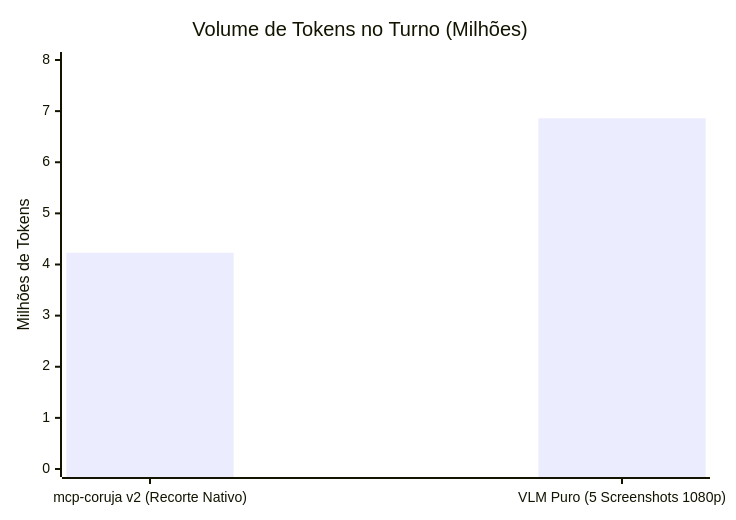
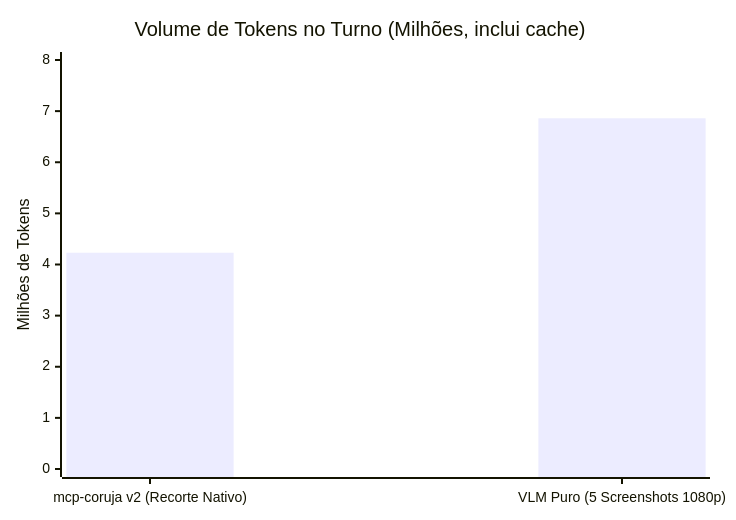
One commit to LucasEBRTIA/mcp-coruja changed the sixth of 6 diagrams in BENCHMARK.md. Above: the diagram before and after it, drawn with Mermaid. The commit also changed other lines of this file, not shown here.

First line of the commit message:
Ajusta o BENCHMARK para a v2: comparacoes antigas, rotulo de cache e atribuicao de custo

````diff
--- a/BENCHMARK.md
+++ b/BENCHMARK.md
@@ -191,7 +192,7 @@
 ```mermaid
 xychart-beta
-    title "Volume de Tokens no Turno (Milhões)"
+    title "Volume de Tokens no Turno (Milhões, inclui cache)"
     x-axis ["mcp-coruja v2 (Recorte Nativo)", "VLM Puro (5 Screenshots 1080p)"]
     y-axis "Milhões de Tokens" 0 --> 8
     bar [4.23, 6.86]
 ```
````
